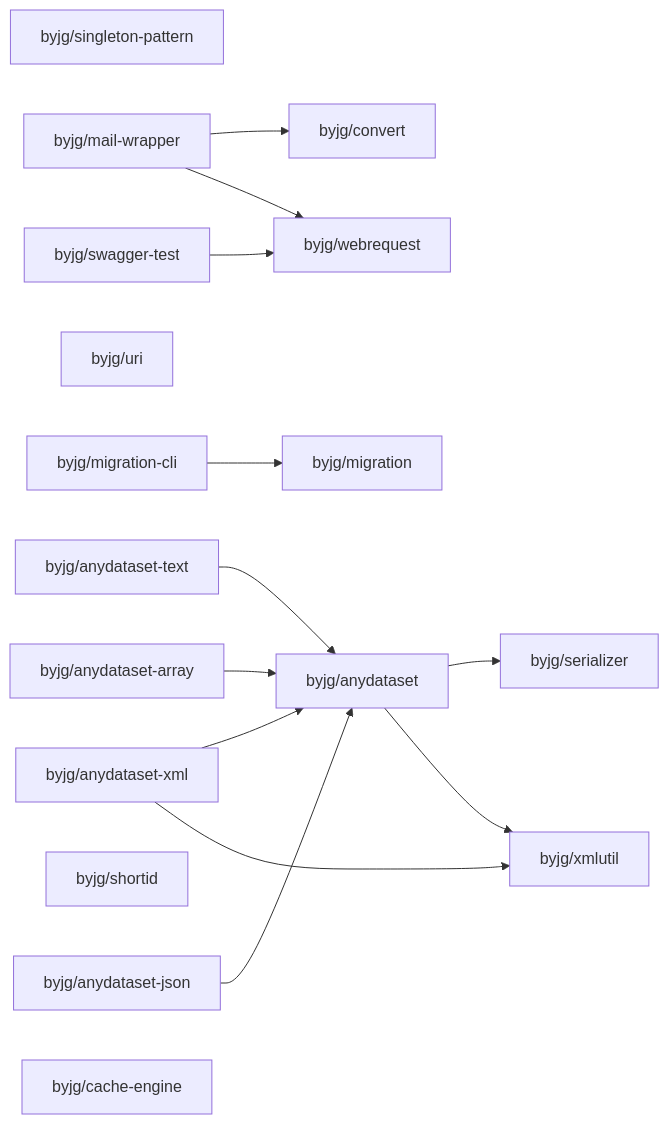
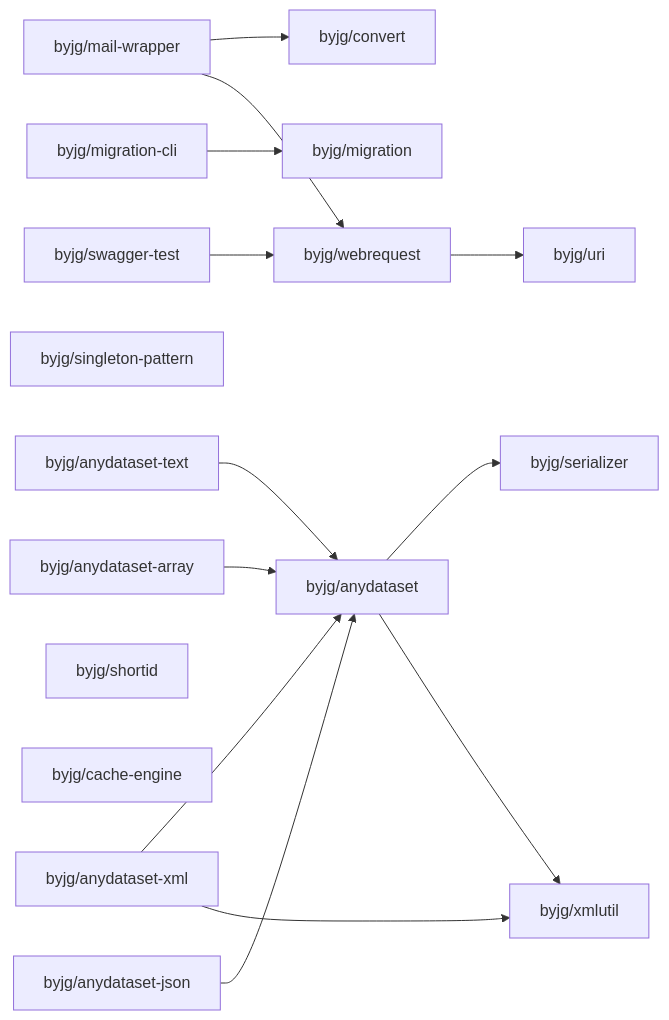
One commit to byjg/byjg.github.io changed the diagram in php/README.md. Above: the diagram before and after it, drawn with Mermaid. The commit also changed 1 other file, not shown here.

Commit message:
Update documentation 'php' 'php-webrequest'

````diff
--- a/php/README.md
+++ b/php/README.md
@@ -3,31 +3,32 @@
 ```mermaid
 graph LR;
+  byjg/mail-wrapper;
+  byjg/anydataset-text;
+  byjg/migration-cli;
   byjg/singleton-pattern;
-  byjg/anydataset-text;
   byjg/anydataset-json;
+  byjg/swagger-test;
+  byjg/shortid;
+  byjg/cache-engine;
+  byjg/anydataset-xml;
+  byjg/anydataset-array;
+  byjg/convert;
+  byjg/migration;
+  byjg/webrequest;
+  byjg/anydataset;
   byjg/uri;
-  byjg/anydataset-xml;
-  byjg/mail-wrapper;
-  byjg/swagger-test;
-  byjg/migration-cli;
-  byjg/shortid;
-  byjg/anydataset-array;
-  byjg/cache-engine;
-  byjg/convert;
-  byjg/webrequest;
-  byjg/migration;
-  byjg/anydataset;
   byjg/serializer;
   byjg/xmlutil;
   byjg/anydataset-text --> byjg/anydataset;
+  byjg/webrequest --> byjg/uri;
   byjg/anydataset-xml --> byjg/anydataset;
   byjg/anydataset-xml --> byjg/xmlutil;
   byjg/anydataset-array --> byjg/anydataset;
   byjg/mail-wrapper --> byjg/convert;
   byjg/mail-wrapper --> byjg/webrequest;
   byjg/anydataset-json --> byjg/anydataset;
   byjg/swagger-test --> byjg/webrequest;
   byjg/migration-cli --> byjg/migration;
   byjg/anydataset --> byjg/serializer;
   byjg/anydataset --> byjg/xmlutil;
 ```
````
